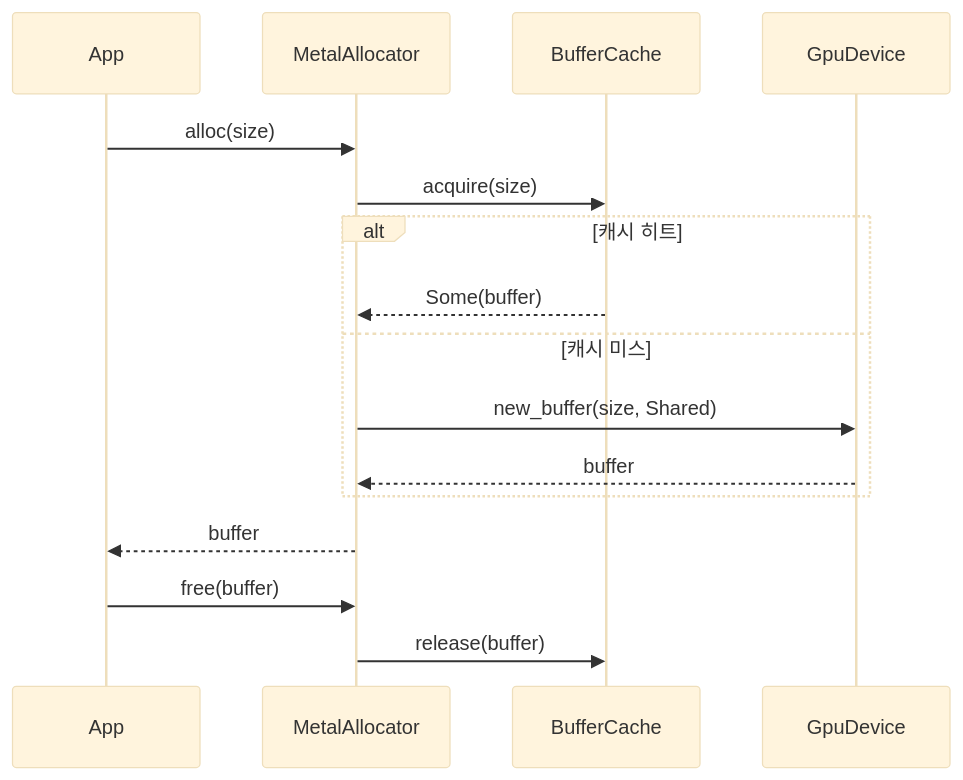
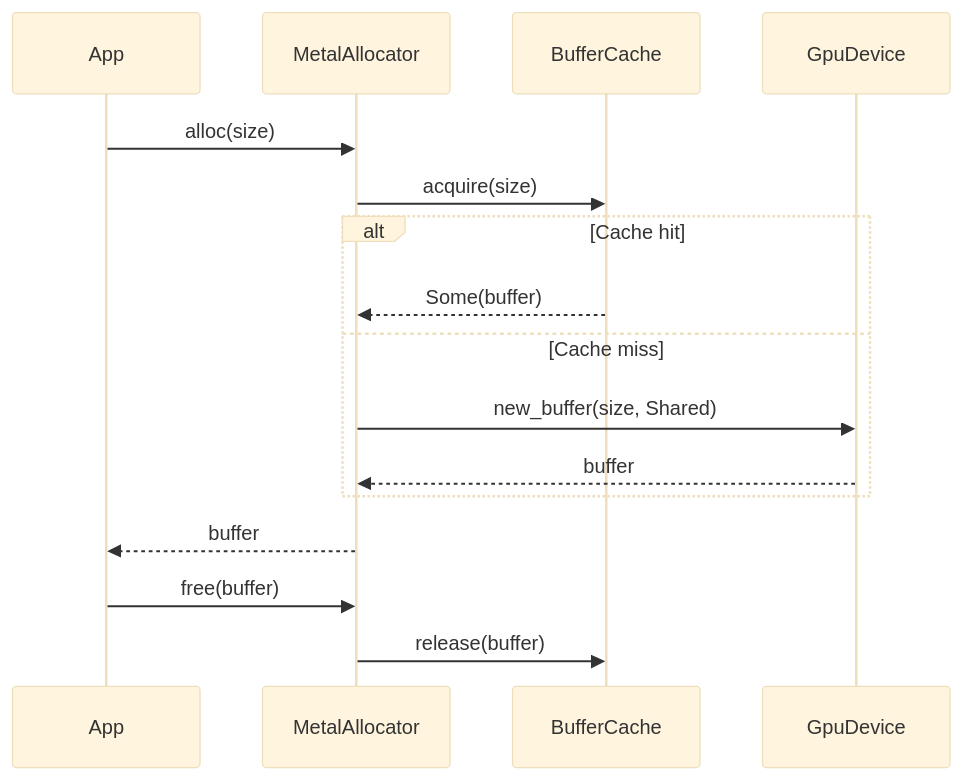
The third of 3 diagrams in docs/crates/rmlx-alloc.md (0xDaizz/RMLX), drawn with Mermaid (base theme) before and after one commit. The commit also changed other lines of this file and 30 other files, not shown here.

````diff
--- a/docs/crates/rmlx-alloc.md
+++ b/docs/crates/rmlx-alloc.md
@@ -233,19 +233,19 @@
 ```mermaid
 sequenceDiagram
     participant App
     participant MetalAllocator
     participant BufferCache
     participant GpuDevice
 
     App->>MetalAllocator: alloc(size)
     MetalAllocator->>BufferCache: acquire(size)
-    alt 캐시 히트
+    alt Cache hit
         BufferCache-->>MetalAllocator: Some(buffer)
-    else 캐시 미스
+    else Cache miss
         MetalAllocator->>GpuDevice: new_buffer(size, Shared)
         GpuDevice-->>MetalAllocator: buffer
     end
     MetalAllocator-->>App: buffer
     App->>MetalAllocator: free(buffer)
     MetalAllocator->>BufferCache: release(buffer)
 ```
````
